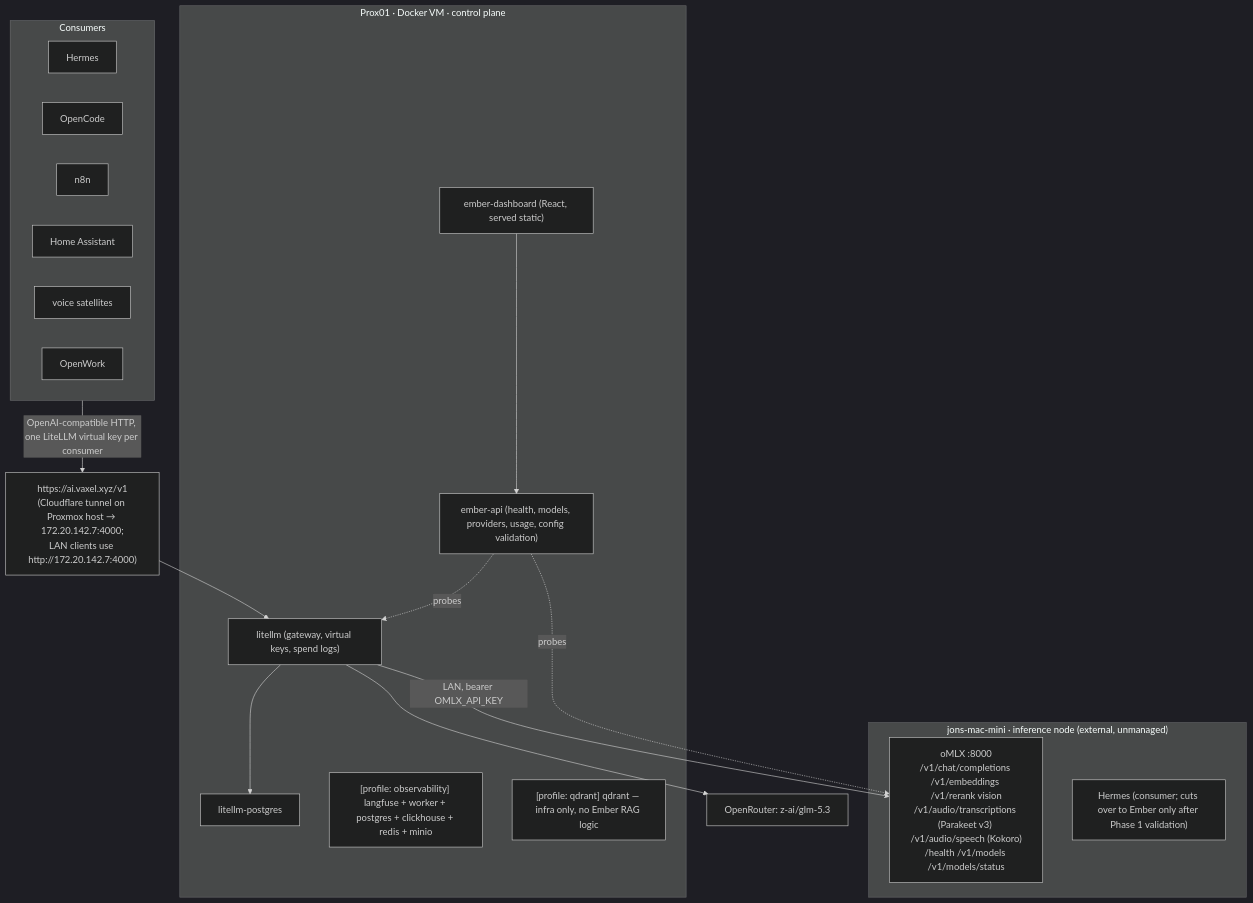
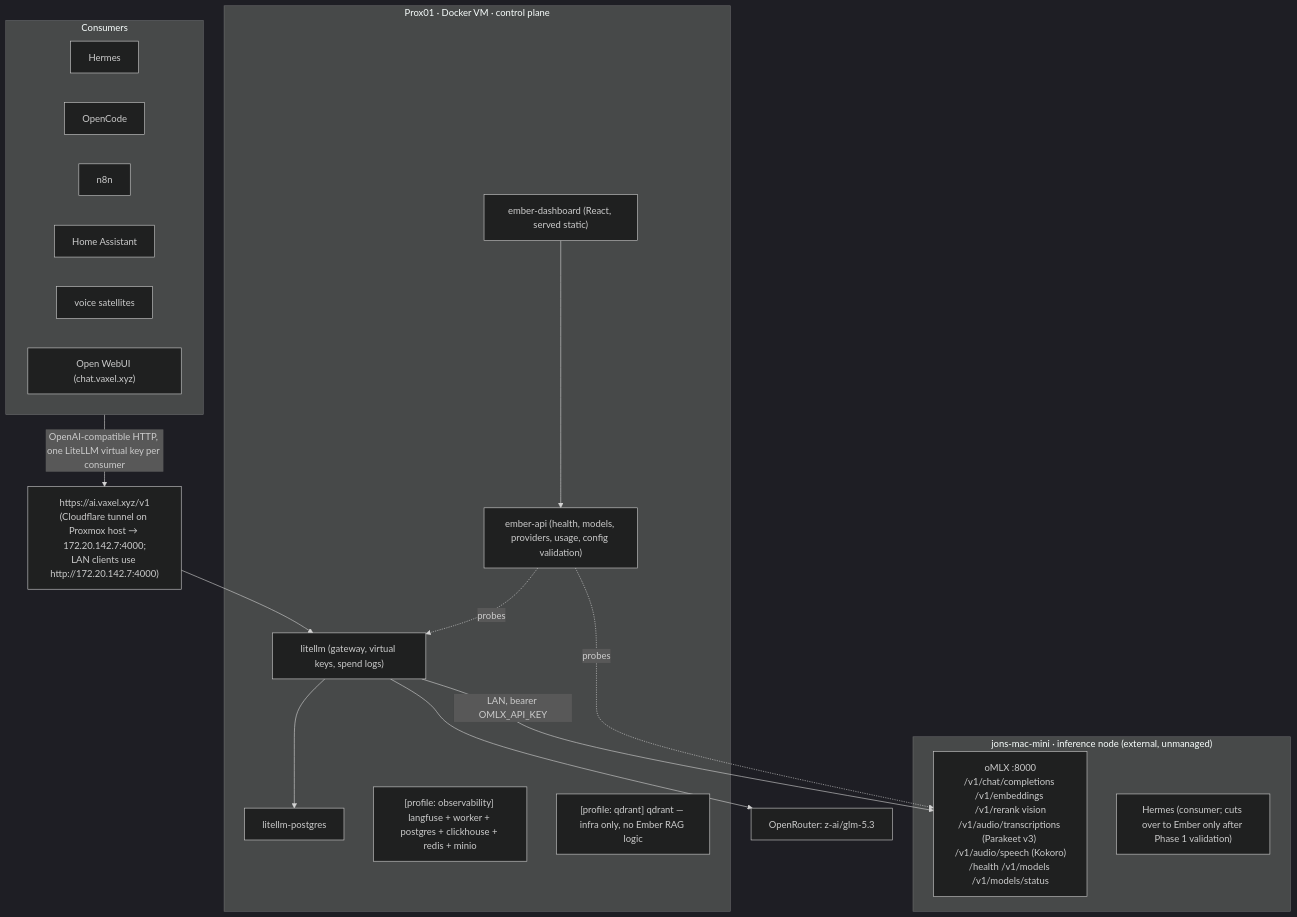
One commit to vaxel-xyz/Ember-AI changed the diagram in docs/architecture.md. Above: the diagram before and after it, drawn with Mermaid (dark theme). The commit also changed other lines of this file and 5 other files, not shown here.

Commit message:
docs: ADR 0010 frontend/routing/voice; roadmap; ownership updates

````diff
--- a/docs/architecture.md
+++ b/docs/architecture.md
@@ -10,39 +10,39 @@
 ```mermaid
 flowchart TB
     subgraph consumers["Consumers"]
         Hermes
         OpenCode
         n8n
         HA["Home Assistant"]
         Voice["voice satellites"]
-        OpenWork
+        OpenWebUI["Open WebUI (chat.vaxel.xyz)"]
     end
 
     consumers -->|"OpenAI-compatible HTTP, one LiteLLM virtual key per consumer"| GW
 
     GW["https://ai.vaxel.xyz/v1<br/>(Cloudflare tunnel on Proxmox host → 172.20.142.7:4000;<br/>LAN clients use http://172.20.142.7:4000)"]
 
     subgraph docker01["Prox01 · Docker VM · control plane"]
         LiteLLM["litellm (gateway, virtual keys, spend logs)"]
         Postgres["litellm-postgres"]
         EmberAPI["ember-api (health, models, providers, usage, config validation)"]
         Dashboard["ember-dashboard (React, served static)"]
         Langfuse["[profile: observability] langfuse + worker + postgres + clickhouse + redis + minio"]
         Qdrant["[profile: qdrant] qdrant — infra only, no Ember RAG logic"]
     end
 
     GW --> LiteLLM
     LiteLLM --> Postgres
     EmberAPI -.probes.-> LiteLLM
     Dashboard --> EmberAPI
 
     subgraph mini["jons-mac-mini · inference node (external, unmanaged)"]
         oMLX["oMLX :8000<br/>/v1/chat/completions /v1/embeddings /v1/rerank vision<br/>/v1/audio/transcriptions (Parakeet v3) /v1/audio/speech (Kokoro)<br/>/health /v1/models /v1/models/status"]
         HermesAgent["Hermes (consumer; cuts over to Ember only after Phase 1 validation)"]
     end
 
     LiteLLM -->|"LAN, bearer OMLX_API_KEY"| oMLX
     EmberAPI -.probes.-> oMLX
 
     LiteLLM --> OpenRouter["OpenRouter: z-ai/glm-5.3"]
 ```
````
